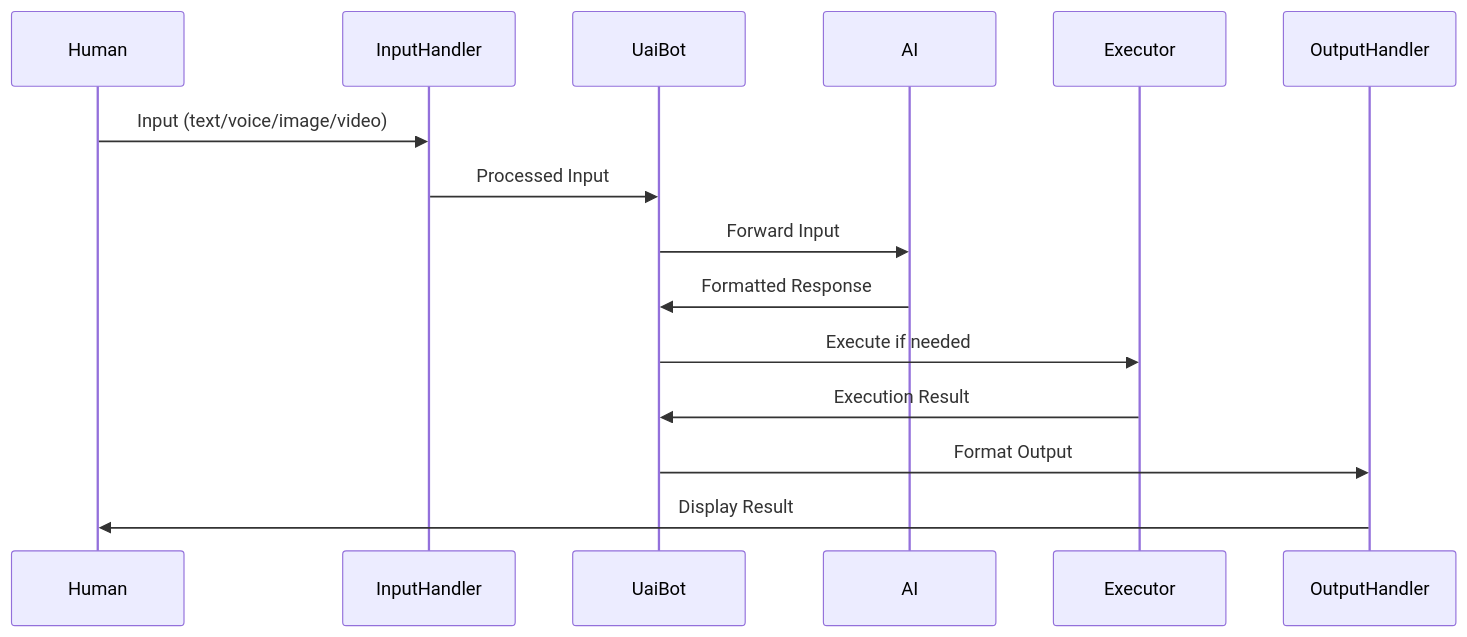
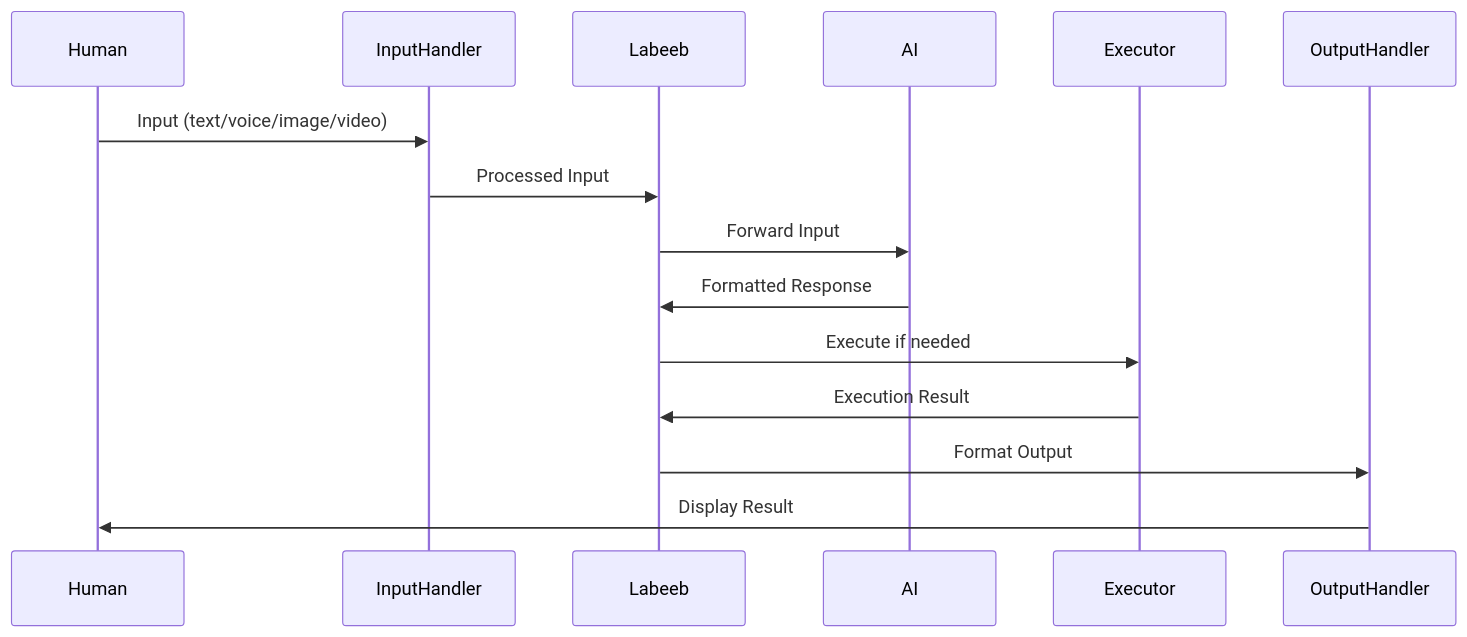
Before and after one commit to albisher/UaiBot: the first of 9 diagrams in master/class_architecture.md, drawn with Mermaid. The commit also changed other lines of this file and 287 other files, not shown here.

````diff
--- a/master/class_architecture.md
+++ b/master/class_architecture.md
@@ -7,18 +7,18 @@
 ```mermaid
 sequenceDiagram
     participant Human
     participant InputHandler
-    participant UaiBot
+    participant Labeeb
     participant AI
     participant Executor
     participant OutputHandler
     
     Human->>InputHandler: Input (text/voice/image/video)
-    InputHandler->>UaiBot: Processed Input
-    UaiBot->>AI: Forward Input
-    AI->>UaiBot: Formatted Response
-    UaiBot->>Executor: Execute if needed
-    Executor->>UaiBot: Execution Result
-    UaiBot->>OutputHandler: Format Output
+    InputHandler->>Labeeb: Processed Input
+    Labeeb->>AI: Forward Input
+    AI->>Labeeb: Formatted Response
+    Labeeb->>Executor: Execute if needed
+    Executor->>Labeeb: Execution Result
+    Labeeb->>OutputHandler: Format Output
     OutputHandler->>Human: Display Result
 ```
````
